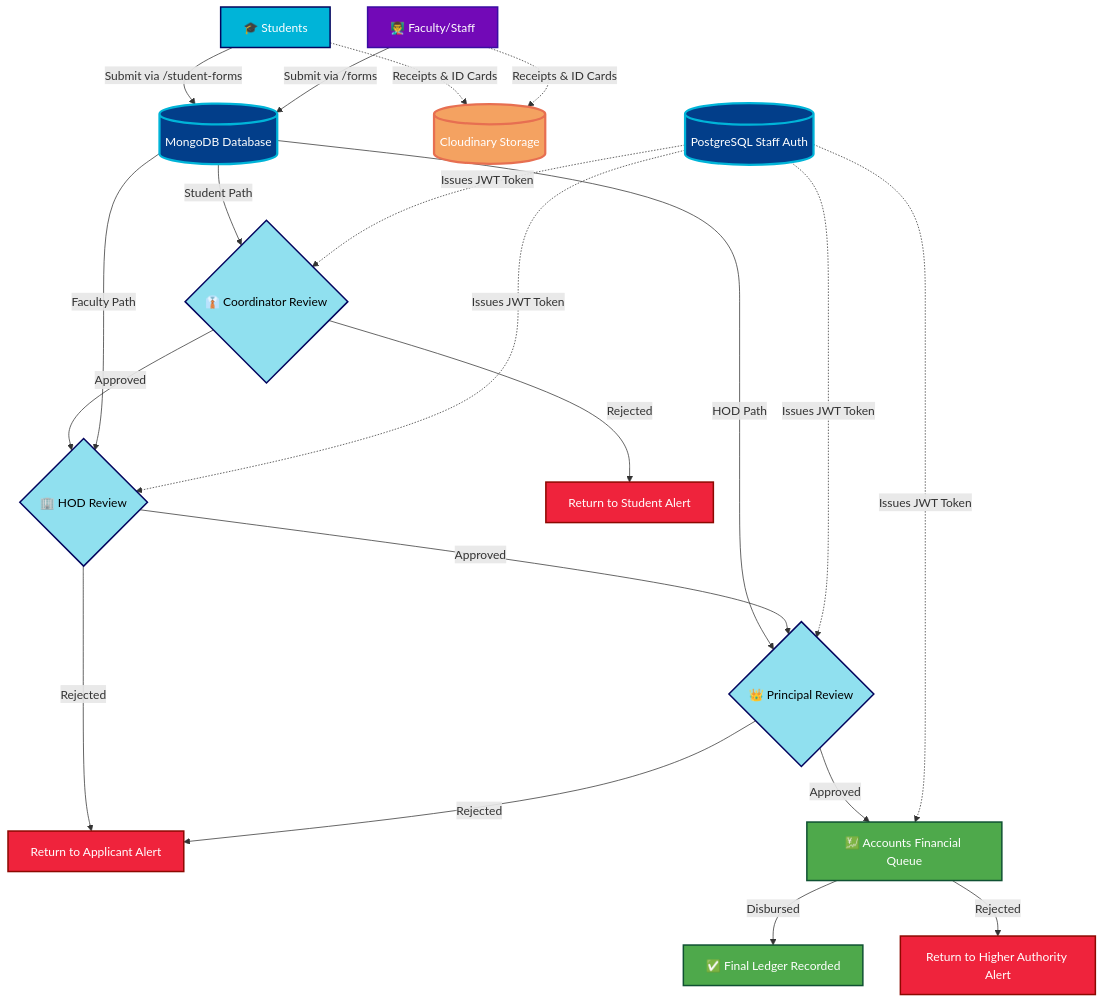
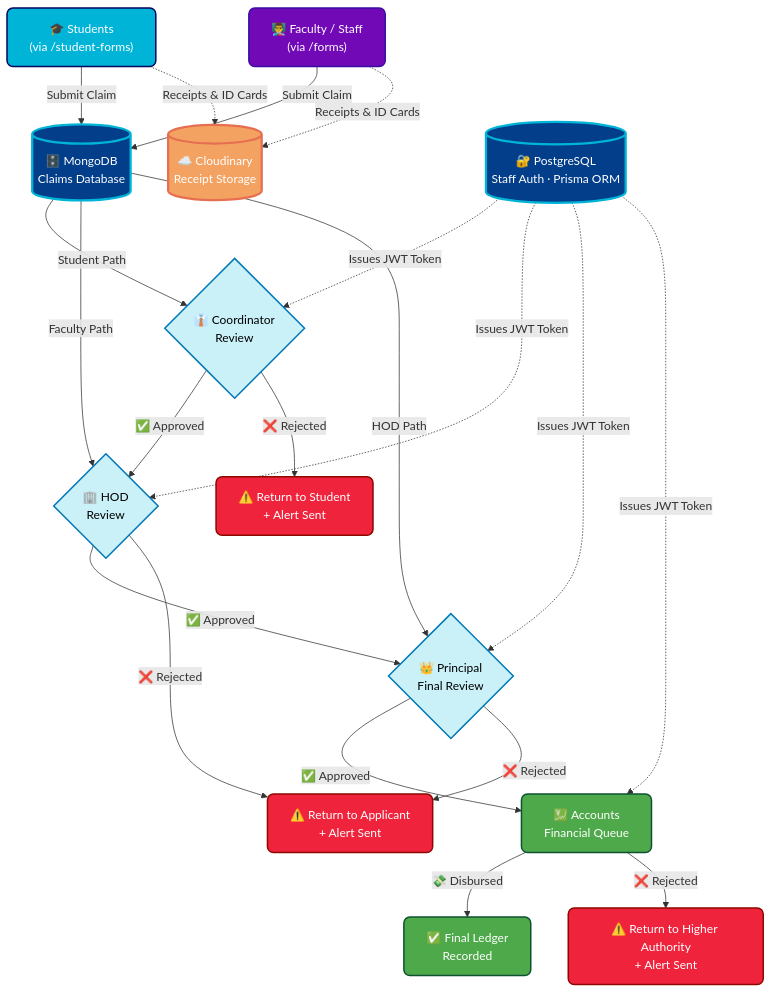
The diagram in README.md (Aspira-2k25/reimbursement-automation-system-new), drawn with Mermaid before and after one commit. The commit also changed other lines of this file, not shown here.

````diff
--- a/README.md
+++ b/README.md
@@ -57,52 +403,77 @@
 ```mermaid
 graph TD
-    %% Colors and Styles
-    classDef student fill:#00b4d8,stroke:#03045e,stroke-width:2px,color:#fff;
-    classDef faculty fill:#7209b7,stroke:#3a0ca3,stroke-width:2px,color:#fff;
-    classDef logic fill:#90e0ef,stroke:#03045e,stroke-width:2px,color:#000;
-    classDef db fill:#023e8a,stroke:#00b4d8,stroke-width:3px,color:#fff;
-    classDef storage fill:#f4a261,stroke:#e76f51,stroke-width:3px,color:#fff;
-    classDef fail fill:#ef233c,stroke:#8d0801,stroke-width:2px,color:#fff;
-    classDef success fill:#4ea94b,stroke:#0f5132,stroke-width:2px,color:#fff;
+    %% ── Styling ───────────────────────────────────────────────────
+    classDef student  fill:#00b4d8,stroke:#03045e,stroke-width:2px,color:#fff,rx:8;
+    classDef faculty  fill:#7209b7,stroke:#3a0ca3,stroke-width:2px,color:#fff,rx:8;
+    classDef logic    fill:#caf0f8,stroke:#0077b6,stroke-width:2px,color:#000,rx:8;
+    classDef db       fill:#023e8a,stroke:#00b4d8,stroke-width:3px,color:#fff,rx:8;
+    classDef storage  fill:#f4a261,stroke:#e76f51,stroke-width:3px,color:#fff,rx:8;
+    classDef fail     fill:#ef233c,stroke:#8d0801,stroke-width:2px,color:#fff,rx:8;
+    classDef success  fill:#4ea94b,stroke:#0f5132,stroke-width:2px,color:#fff,rx:8;
+    classDef auth     fill:#560bad,stroke:#3a0ca3,stroke-width:2px,color:#fff,rx:8;
 
-    %% Data Entry Points
-    A[🎓 Students] -->|Submit via /student-forms| C[(MongoDB Database)]
-    B[👨‍🏫 Faculty/Staff] -->|Submit via /forms| C
-    
-    A -.->|Receipts & ID Cards| CL[(Cloudinary Storage)]
-    B -.->|Receipts & ID Cards| CL
+    %% ── Entry Points ─────────────────────────────────────────────
+    A["🎓 Students<br/>(via /student-forms)"]
+    B["👨‍🏫 Faculty / Staff<br/>(via /forms)"]
 
-    %% Student Workflow Pipeline
-    C -->|Student Path| D{👔 Coordinator Review}
-    D -->|Approved| E{🏢 HOD Review}
-    D -->|Rejected| R1[Return to Student Alert]
+    %% ── Primary Data Store ───────────────────────────────────────
+    C[("🗄️ MongoDB<br/>Claims Database")]
 
-    %% Faculty Workflow Pipeline (Bypasses Coordinator)
-    C -->|Faculty Path| E
-    C -->|HOD Path| F{👑 Principal Review}
+    %% ── File Storage ─────────────────────────────────────────────
+    CL[("☁️ Cloudinary<br/>Receipt Storage")]
 
-    %% Shared Review Pipeline
-    E -->|Approved| F
-    E -->|Rejected| R2[Return to Applicant Alert]
+    %% ── Auth Store ───────────────────────────────────────────────
+    P[("🔐 PostgreSQL<br/>Staff Auth · Prisma ORM")]
 
-    F -->|Approved| G[💹 Accounts Financial Queue]
-    F -->|Rejected| R2
+    %% ── Approval Pipeline ────────────────────────────────────────
+    D{"👔 Coordinator<br/>Review"}
+    E{"🏢 HOD<br/>Review"}
+    F{"👑 Principal<br/>Final Review"}
+    G["💹 Accounts<br/>Financial Queue"]
+    H["✅ Final Ledger<br/>Recorded"]
 
-    G -->|Disbursed| H[✅ Final Ledger Recorded]
-    G -->|Rejected| R3[Return to Higher Authority Alert]
+    %% ── Rejection Nodes ──────────────────────────────────────────
+    R1["⚠️ Return to Student<br/>+ Alert Sent"]
+    R2["⚠️ Return to Applicant<br/>+ Alert Sent"]
+    R3["⚠️ Return to Higher Authority<br/>+ Alert Sent"]
 
-    %% Authentication Layer
-    P[(PostgreSQL Staff Auth)] -.->|Issues JWT Token| D
-    P -.->|Issues JWT Token| E
-    P -.->|Issues JWT Token| F
-    P -.->|Issues JWT Token| G
+    %% ── Data Flows ───────────────────────────────────────────────
+    A -->|"Submit Claim"| C
+    B -->|"Submit Claim"| C
+    A -. "Receipts & ID Cards" .-> CL
+    B -. "Receipts & ID Cards" .-> CL
 
-    %% Appling Classes
-    class A student;
-    class B faculty;
-    class D,E,F logic;
-    class C,P db;
-    class CL storage;
-    class R1,R2,R3 fail;
-    class G,H success;
+    %% ── Student Pipeline (via Coordinator) ───────────────────────
+    C -->|"Student Path"| D
+    D -->|"✅ Approved"| E
+    D -->|"❌ Rejected"| R1
+
+    %% ── Faculty Pipeline (skips Coordinator) ─────────────────────
+    C -->|"Faculty Path"| E
+
+    %% ── HOD Direct Path ──────────────────────────────────────────
+    C -->|"HOD Path"| F
+
+    %% ── Shared Approval Chain ────────────────────────────────────
+    E -->|"✅ Approved"| F
+    E -->|"❌ Rejected"| R2
+    F -->|"✅ Approved"| G
+    F -->|"❌ Rejected"| R2
+    G -->|"💸 Disbursed"| H
+    G -->|"❌ Rejected"| R3
+
+    %% ── JWT Auth Layer ───────────────────────────────────────────
+    P -. "Issues JWT Token" .-> D
+    P -. "Issues JWT Token" .-> E
+    P -. "Issues JWT Token" .-> F
+    P -. "Issues JWT Token" .-> G
+
+    %% ── Class Assignments ────────────────────────────────────────
+    class A student
+    class B faculty
+    class D,E,F logic
+    class C,P db
+    class CL storage
+    class R1,R2,R3 fail
+    class G,H success
 ```
````
